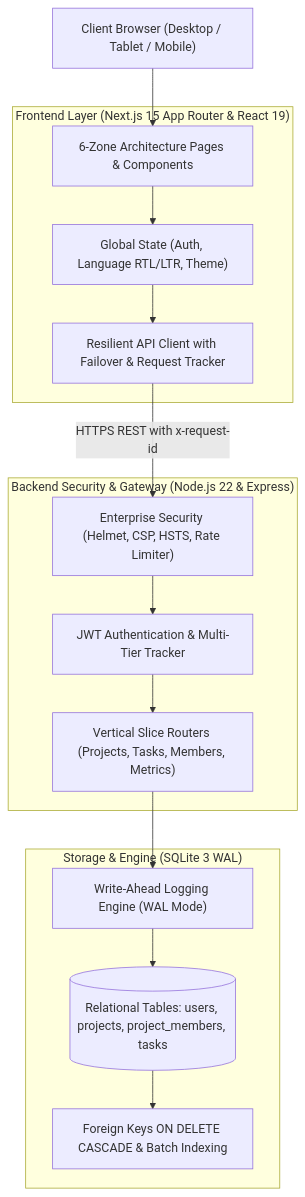
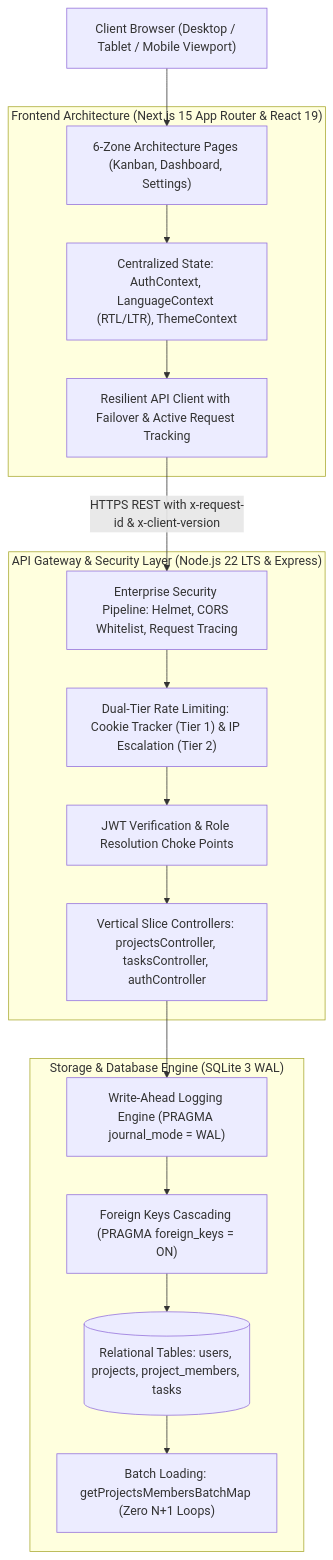
The diagram in README.md (bahaajalhoom/taskflow_front), drawn with Mermaid before and after one commit. The commit also changed other lines of this file and 1 other file, not shown here.

Commit message:
docs: master-grade bilingual presentation with architectural matrices, benchmarks, and Swiss telemetry

````diff
--- a/README.md
+++ b/README.md
@@ -72,32 +123,36 @@
 ```mermaid
 flowchart TD
-    Client["Client Browser (Desktop / Tablet / Mobile)"]
+    Client["Client Browser (Desktop / Tablet / Mobile Viewport)"]
     
-    subgraph Frontend["Frontend Layer (Next.js 15 App Router & React 19)"]
-        UI["6-Zone Architecture Pages & Components"]
-        Context["Global State (Auth, Language RTL/LTR, Theme)"]
-        APIClient["Resilient API Client with Failover & Request Tracker"]
+    subgraph Frontend["Frontend Architecture (Next.js 15 App Router & React 19)"]
+        Pages["6-Zone Architecture Pages (Kanban, Dashboard, Settings)"]
+        Context["Centralized State: AuthContext, LanguageContext (RTL/LTR), ThemeContext"]
+        APIClient["Resilient API Client with Failover & Active Request Tracking"]
     end
     
-    subgraph Gateway["Backend Security & Gateway (Node.js 22 & Express)"]
-        Security["Enterprise Security (Helmet, CSP, HSTS, Rate Limiter)"]
-        AuthMiddleware["JWT Authentication & Multi-Tier Tracker"]
-        Router["Vertical Slice Routers (Projects, Tasks, Members, Metrics)"]
+    subgraph Gateway["API Gateway & Security Layer (Node.js 22 LTS & Express)"]
+        Security["Enterprise Security Pipeline: Helmet, CORS Whitelist, Request Tracing"]
+        RateLimiter["Dual-Tier Rate Limiting: Cookie Tracker (Tier 1) & IP Escalation (Tier 2)"]
+        AuthMiddleware["JWT Verification & Role Resolution Choke Points"]
+        Controllers["Vertical Slice Controllers: projectsController, tasksController, authController"]
     end
     
-    subgraph Persistence["Storage & Engine (SQLite 3 WAL)"]
-        WAL["Write-Ahead Logging Engine (WAL Mode)"]
+    subgraph Persistence["Storage & Database Engine (SQLite 3 WAL)"]
+        WAL["Write-Ahead Logging Engine (PRAGMA journal_mode = WAL)"]
+        FK["Foreign Keys Cascading (PRAGMA foreign_keys = ON)"]
         Tables[("Relational Tables: users, projects, project_members, tasks")]
-        ForeignKeys["Foreign Keys ON DELETE CASCADE & Batch Indexing"]
+        Batching["Batch Loading: getProjectsMembersBatchMap (Zero N+1 Loops)"]
     end
 
-    Client --> UI
-    UI --> Context
+    Client --> Pages
+    Pages --> Context
     Context --> APIClient
-    APIClient -->|HTTPS REST with x-request-id| Security
-    Security --> AuthMiddleware
-    AuthMiddleware --> Router
-    Router --> WAL
-    WAL --> Tables
-    Tables --> ForeignKeys
+    APIClient -->|HTTPS REST with x-request-id & x-client-version| Security
+    Security --> RateLimiter
+    RateLimiter --> AuthMiddleware
+    AuthMiddleware --> Controllers
+    Controllers --> WAL
+    WAL --> FK
+    FK --> Tables
+    Tables --> Batching
 ```
````
